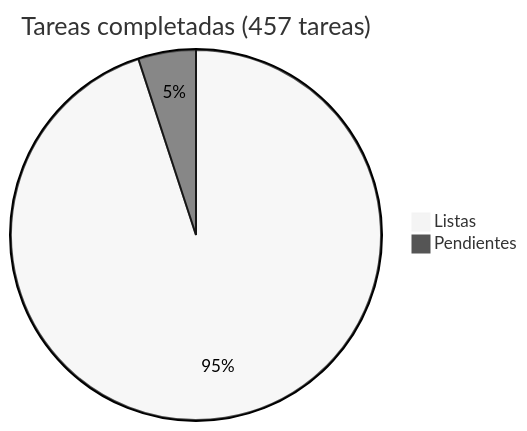
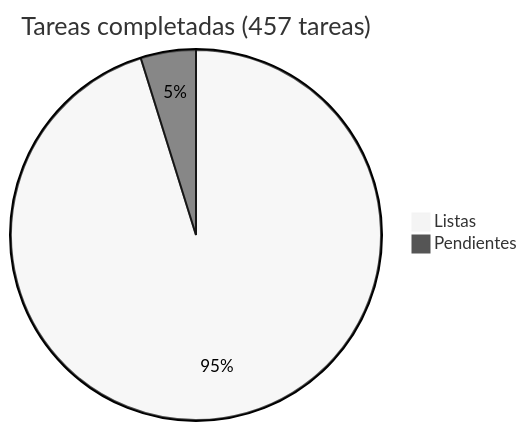
The diagram in docs/roadmap/README.md (araguaney-lat/araguaney), drawn with Mermaid (neutral theme) before and after one commit. The commit also changed other lines of this file and 14 other files, not shown here.

````diff
--- a/docs/roadmap/README.md
+++ b/docs/roadmap/README.md
@@ -5,5 +5,5 @@
 ```mermaid
 pie title Tareas completadas (457 tareas)
-    "Listas" : 434
-    "Pendientes" : 23
+    "Listas" : 435
+    "Pendientes" : 22
 ```
````
